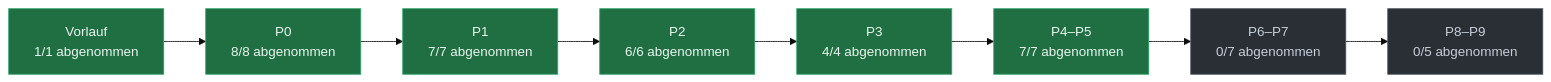
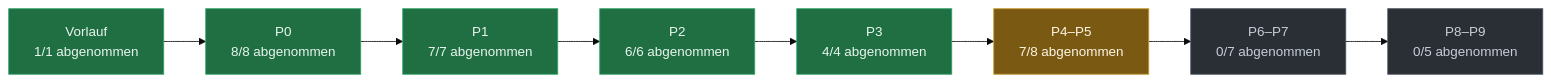
The diagram in docs/PLAN-STAND.md (evenacadia-tech/Nakama), drawn with Mermaid (base theme) before and after one commit. The commit also changed other lines of this file and 4 other files, not shown here.

````diff
--- a/docs/PLAN-STAND.md
+++ b/docs/PLAN-STAND.md
@@ -35,21 +38,21 @@
 ```mermaid
 flowchart LR
   P0["Vorlauf<br/>1/1 abgenommen"]:::fertig
   P1["P0<br/>8/8 abgenommen"]:::fertig
   P0 --> P1
   P2["P1<br/>7/7 abgenommen"]:::fertig
   P1 --> P2
   P3["P2<br/>6/6 abgenommen"]:::fertig
   P2 --> P3
   P4["P3<br/>4/4 abgenommen"]:::fertig
   P3 --> P4
-  P5["P4–P5<br/>7/7 abgenommen"]:::fertig
+  P5["P4–P5<br/>7/8 abgenommen"]:::laeuft
   P4 --> P5
   P6["P6–P7<br/>0/7 abgenommen"]:::offen
   P5 --> P6
   P7["P8–P9<br/>0/5 abgenommen"]:::offen
   P6 --> P7
   classDef fertig fill:#1f6f43,stroke:#2ea36a,color:#eaf6ef
   classDef laeuft fill:#7a5a12,stroke:#c99a2e,color:#fdf6e6
   classDef offen  fill:#2a2f36,stroke:#4a525c,color:#c7ced8
 ```
````
